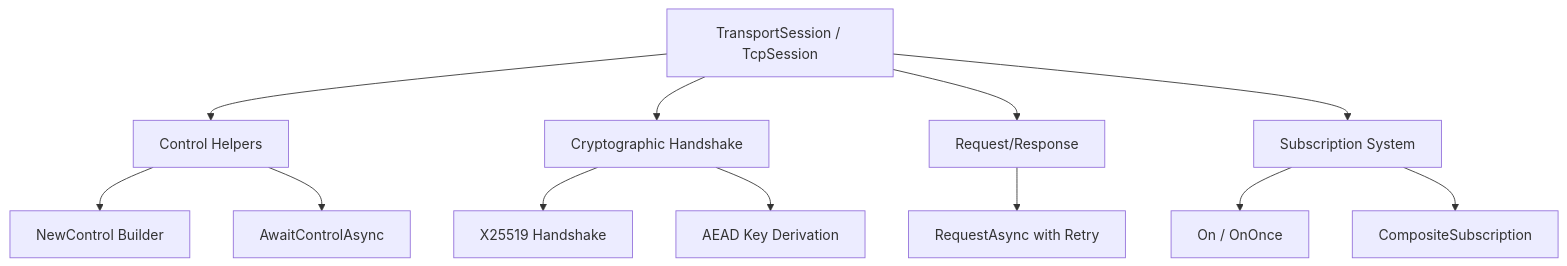
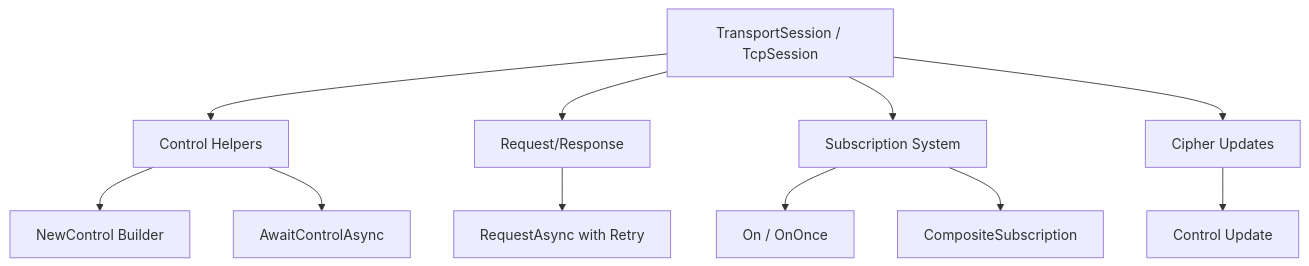
Before and after one commit to ppn-systems/Nalix: the diagram in docs/api/sdk/tcp-session-extensions.md, drawn with Mermaid. The commit also changed other lines of this file and 41 other files, not shown here.

````diff
--- a/docs/api/sdk/tcp-session-extensions.md
+++ b/docs/api/sdk/tcp-session-extensions.md
@@ -7,18 +7,17 @@
 ```mermaid
 graph TD
     A[TransportSession / TcpSession] --> B[Control Helpers]
-    A --> C[Cryptographic Handshake]
     A --> D[Request/Response]
     A --> E[Subscription System]
+    A --> F[Cipher Updates]
     
     B --> B1[NewControl Builder]
     B --> B2[AwaitControlAsync]
-    
-    C --> C1[X25519 Handshake]
-    C --> C2[AEAD Key Derivation]
     
     D --> D1[RequestAsync with Retry]
     
     E --> E1[On / OnOnce]
     E --> E2[CompositeSubscription]
+
+    F --> F1[Control Update]
 ```
````
